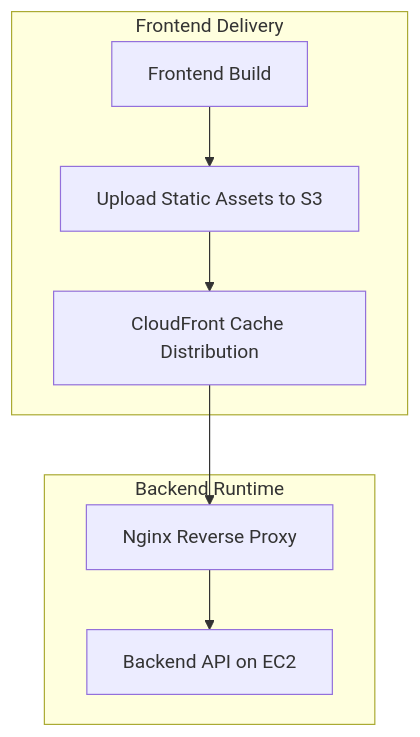
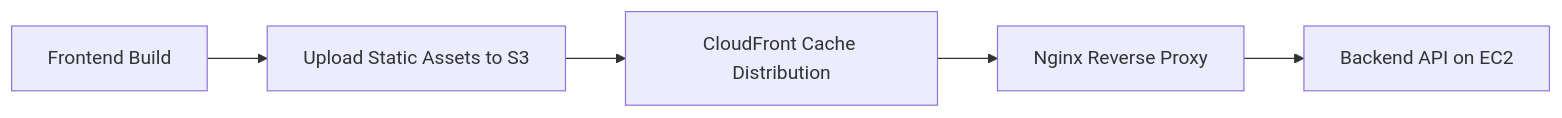
The second of 4 diagrams in README.md (Lipika-M/AI_JOURNAL), drawn with Mermaid before and after one commit. The commit also changed other lines of this file, not shown here.

Commit message:
docs: rebrand project to Solace and enhance README architecture documentation [skip ci]

````diff
--- a/README.md
+++ b/README.md
@@ -137,13 +128,4 @@
 ```mermaid
-flowchart TD
-        subgraph Frontend[Frontend Delivery]
-                A[Frontend Build] --> B[Upload Static Assets to S3]
-                B --> C[CloudFront Cache Distribution]
-        end
-
-        subgraph Backend[Backend Runtime]
-                D[Nginx Reverse Proxy] --> E[Backend API on EC2]
-        end
-
-        C --> D
+flowchart LR
+    A[Frontend Build] --> B[Upload Static Assets to S3] --> C[CloudFront Cache Distribution] --> D[Nginx Reverse Proxy] --> E[Backend API on EC2]
 ```
````
